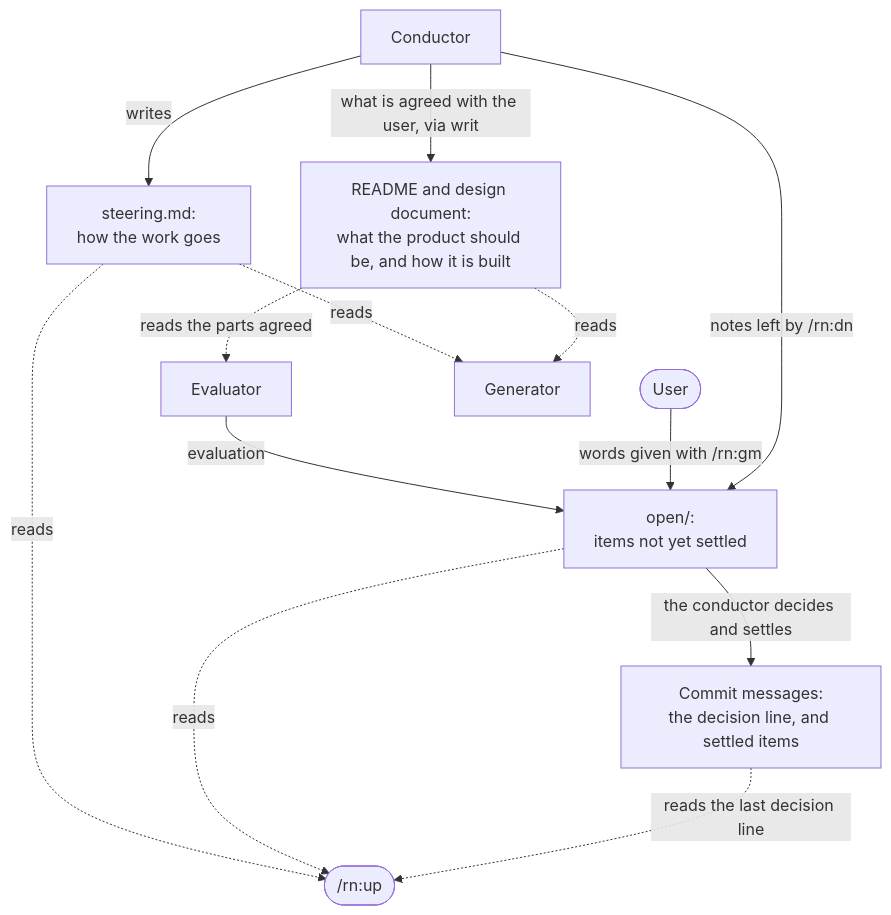
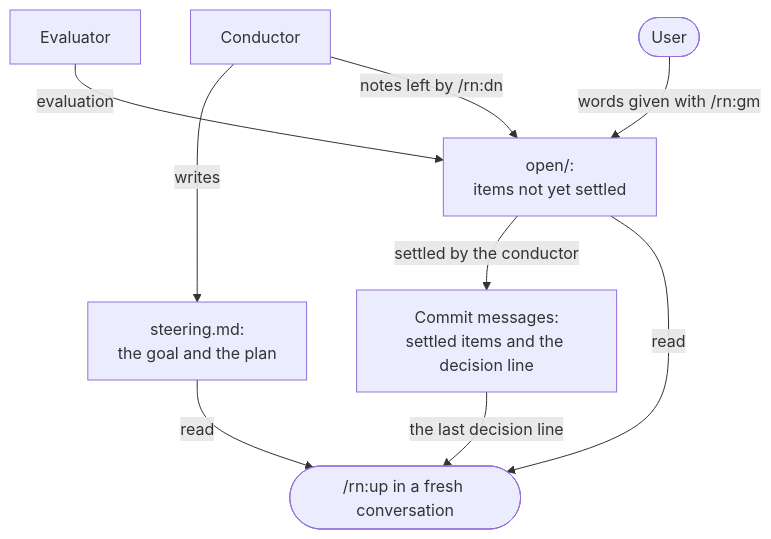
The fourth of 4 diagrams in rn/docs/design.md (lovaizu/ccpm), drawn with Mermaid before and after one commit. The commit also changed other lines of this file, not shown here.

````diff
--- a/rn/docs/design.md
+++ b/rn/docs/design.md
@@ -226,24 +229,18 @@
 ```mermaid
 flowchart TD
     U(["User"])
     C["Conductor"]
     E["Evaluator"]
-    G["Generator"]
-    UP(["/rn:up"])
-    S["steering.md:<br/>how the work goes"]
-    RD["README and design document:<br/>what the product should be, and how it is built"]
+    S["steering.md:<br/>the goal and the plan"]
     O["open/:<br/>items not yet settled"]
-    M["Commit messages:<br/>the decision line, and settled items"]
+    M["Commit messages:<br/>settled items and the decision line"]
+    UP(["/rn:up in a fresh conversation"])
     C -->|"writes"| S
-    C -->|"what is agreed with the user, via writ"| RD
     E -->|"evaluation"| O
     U -->|"words given with /rn:gm"| O
     C -->|"notes left by /rn:dn"| O
-    O -->|"the conductor decides and settles"| M
-    S -.->|"reads"| G
-    RD -.->|"reads"| G
-    RD -.->|"reads the parts agreed"| E
-    S -.->|"reads"| UP
-    O -.->|"reads"| UP
-    M -.->|"reads the last decision line"| UP
+    O -->|"settled by the conductor"| M
+    S -->|"read"| UP
+    O -->|"read"| UP
+    M -->|"the last decision line"| UP
 ```
````
